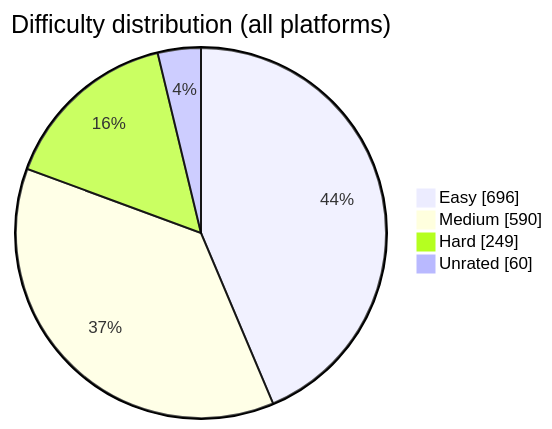
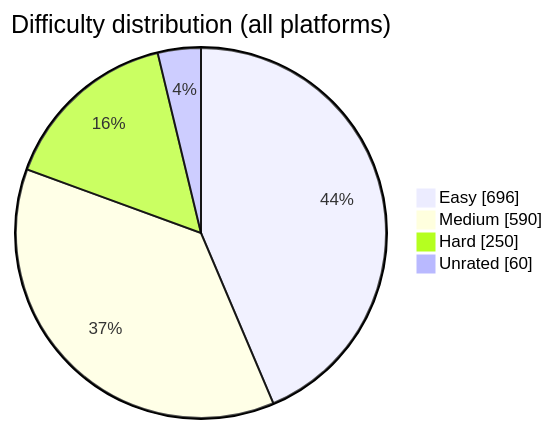
One commit to BuildbyArindam/Daily-Coding-Log changed the diagram in README.md. Above: the diagram before and after it, drawn with Mermaid. The commit also changed other lines of this file, not shown here.

````diff
--- a/README.md
+++ b/README.md
@@ -93,7 +93,7 @@
 ```mermaid
 pie showData title Difficulty distribution (all platforms)
     "Easy" : 696
     "Medium" : 590
-    "Hard" : 249
+    "Hard" : 250
     "Unrated" : 60
 ```
````
